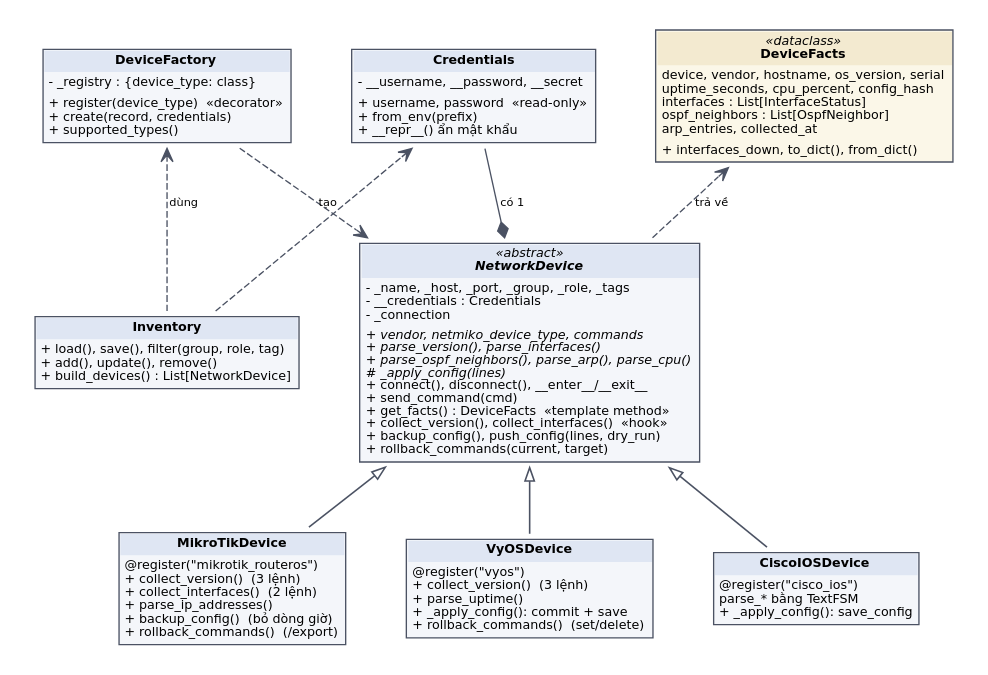
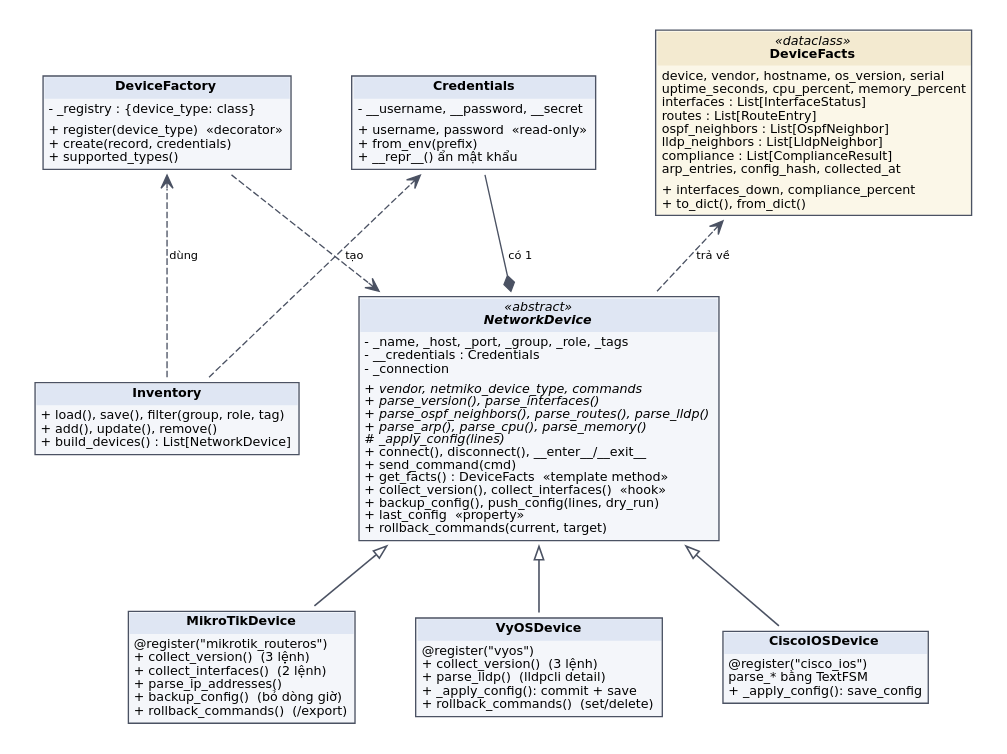
One commit to nhat-thang/network-inventory-monitor changed the diagram in docs/diagrams/class_devices.dot. Above: the diagram before and after it, drawn with Graphviz. The commit also changed 14 other files, not shown here.

First line of the commit message:
docs: architecture document updated to section 6.2 of the assignment

```diff
--- a/docs/diagrams/class_devices.dot
+++ b/docs/diagrams/class_devices.dot
@@ -1,45 +1,45 @@
 digraph G {
   graph [rankdir=BT, fontname="DejaVu Sans", nodesep=0.4, ranksep=0.6, bgcolor="white", pad=0.15];
   node  [shape=plaintext, fontname="DejaVu Sans", fontsize=9.5];
   edge  [fontname="DejaVu Sans", fontsize=8.5, color="#4b5263"];
 
   ND [label=<<table border="1" cellborder="0" cellspacing="0" cellpadding="3" bgcolor="#f4f6fa" color="#4b5263">
    <tr><td bgcolor="#dfe6f3"><i>«abstract»</i><br/><b><i>NetworkDevice</i></b></td></tr>
    <tr><td align="left" balign="left">- _name, _host, _port, _group, _role, _tags<br/>- __credentials : Credentials<br/>- _connection</td></tr>
-   <tr><td align="left" balign="left"><i>+ vendor, netmiko_device_type, commands</i><br/><i>+ parse_version(), parse_interfaces()</i><br/><i>+ parse_ospf_neighbors(), parse_arp(), parse_cpu()</i><br/><i># _apply_config(lines)</i><br/>+ connect(), disconnect(), __enter__/__exit__<br/>+ send_command(cmd)<br/>+ get_facts() : DeviceFacts  «template method»<br/>+ collect_version(), collect_interfaces()  «hook»<br/>+ backup_config(), push_config(lines, dry_run)<br/>+ rollback_commands(current, target)</td></tr></table>>];
+   <tr><td align="left" balign="left"><i>+ vendor, netmiko_device_type, commands</i><br/><i>+ parse_version(), parse_interfaces()</i><br/><i>+ parse_ospf_neighbors(), parse_routes(), parse_lldp()</i><br/><i>+ parse_arp(), parse_cpu(), parse_memory()</i><br/><i># _apply_config(lines)</i><br/>+ connect(), disconnect(), __enter__/__exit__<br/>+ send_command(cmd)<br/>+ get_facts() : DeviceFacts  «template method»<br/>+ collect_version(), collect_interfaces()  «hook»<br/>+ backup_config(), push_config(lines, dry_run)<br/>+ last_config  «property»<br/>+ rollback_commands(current, target)</td></tr></table>>];
 
   MT [label=<<table border="1" cellborder="0" cellspacing="0" cellpadding="3" bgcolor="#f4f6fa" color="#4b5263">
    <tr><td bgcolor="#dfe6f3"><b>MikroTikDevice</b></td></tr>
    <tr><td align="left" balign="left">@register("mikrotik_routeros")<br/>+ collect_version()  (3 lệnh)<br/>+ collect_interfaces()  (2 lệnh)<br/>+ parse_ip_addresses()<br/>+ backup_config()  (bỏ dòng giờ)<br/>+ rollback_commands()  (/export)</td></tr></table>>];
   VY [label=<<table border="1" cellborder="0" cellspacing="0" cellpadding="3" bgcolor="#f4f6fa" color="#4b5263">
    <tr><td bgcolor="#dfe6f3"><b>VyOSDevice</b></td></tr>
-   <tr><td align="left" balign="left">@register("vyos")<br/>+ collect_version()  (3 lệnh)<br/>+ parse_uptime()<br/>+ _apply_config(): commit + save<br/>+ rollback_commands()  (set/delete)</td></tr></table>>];
+   <tr><td align="left" balign="left">@register("vyos")<br/>+ collect_version()  (3 lệnh)<br/>+ parse_lldp()  (lldpcli detail)<br/>+ _apply_config(): commit + save<br/>+ rollback_commands()  (set/delete)</td></tr></table>>];
   CI [label=<<table border="1" cellborder="0" cellspacing="0" cellpadding="3" bgcolor="#f4f6fa" color="#4b5263">
    <tr><td bgcolor="#dfe6f3"><b>CiscoIOSDevice</b></td></tr>
    <tr><td align="left" balign="left">@register("cisco_ios")<br/>parse_* bằng TextFSM<br/>+ _apply_config(): save_config</td></tr></table>>];
 
   FA [label=<<table border="1" cellborder="0" cellspacing="0" cellpadding="3" bgcolor="#f4f6fa" color="#4b5263">
    <tr><td bgcolor="#dfe6f3"><b>DeviceFactory</b></td></tr>
    <tr><td align="left" balign="left">- _registry : {device_type: class}</td></tr>
    <tr><td align="left" balign="left">+ register(device_type)  «decorator»<br/>+ create(record, credentials)<br/>+ supported_types()</td></tr></table>>];
   CR [label=<<table border="1" cellborder="0" cellspacing="0" cellpadding="3" bgcolor="#f4f6fa" color="#4b5263">
    <tr><td bgcolor="#dfe6f3"><b>Credentials</b></td></tr>
    <tr><td align="left" balign="left">- __username, __password, __secret</td></tr>
    <tr><td align="left" balign="left">+ username, password  «read-only»<br/>+ from_env(prefix)<br/>+ __repr__() ẩn mật khẩu</td></tr></table>>];
   DF [label=<<table border="1" cellborder="0" cellspacing="0" cellpadding="3" bgcolor="#fbf7e8" color="#4b5263">
    <tr><td bgcolor="#f3ead0"><i>«dataclass»</i><br/><b>DeviceFacts</b></td></tr>
-   <tr><td align="left" balign="left">device, vendor, hostname, os_version, serial<br/>uptime_seconds, cpu_percent, config_hash<br/>interfaces : List[InterfaceStatus]<br/>ospf_neighbors : List[OspfNeighbor]<br/>arp_entries, collected_at</td></tr>
-   <tr><td align="left" balign="left">+ interfaces_down, to_dict(), from_dict()</td></tr></table>>];
+   <tr><td align="left" balign="left">device, vendor, hostname, os_version, serial<br/>uptime_seconds, cpu_percent, memory_percent<br/>interfaces : List[InterfaceStatus]<br/>routes : List[RouteEntry]<br/>ospf_neighbors : List[OspfNeighbor]<br/>lldp_neighbors : List[LldpNeighbor]<br/>compliance : List[ComplianceResult]<br/>arp_entries, config_hash, collected_at</td></tr>
+   <tr><td align="left" balign="left">+ interfaces_down, compliance_percent<br/>+ to_dict(), from_dict()</td></tr></table>>];
   INV [label=<<table border="1" cellborder="0" cellspacing="0" cellpadding="3" bgcolor="#f4f6fa" color="#4b5263">
    <tr><td bgcolor="#dfe6f3"><b>Inventory</b></td></tr>
    <tr><td align="left" balign="left">+ load(), save(), filter(group, role, tag)<br/>+ add(), update(), remove()<br/>+ build_devices() : List[NetworkDevice]</td></tr></table>>];
 
   {MT VY CI} -> ND [arrowhead=empty, penwidth=1.2];
   FA -> ND [arrowhead=vee, style=dashed, label=" tạo"];
   ND -> CR [dir=back, arrowtail=diamond, label=" có 1"];
   ND -> DF [arrowhead=vee, style=dashed, label=" trả về"];
   INV -> FA [arrowhead=vee, style=dashed, label=" dùng"];
   INV -> CR [arrowhead=vee, style=dashed];
   {rank=same; MT VY CI}
   {rank=same; FA CR DF}
 }
```
